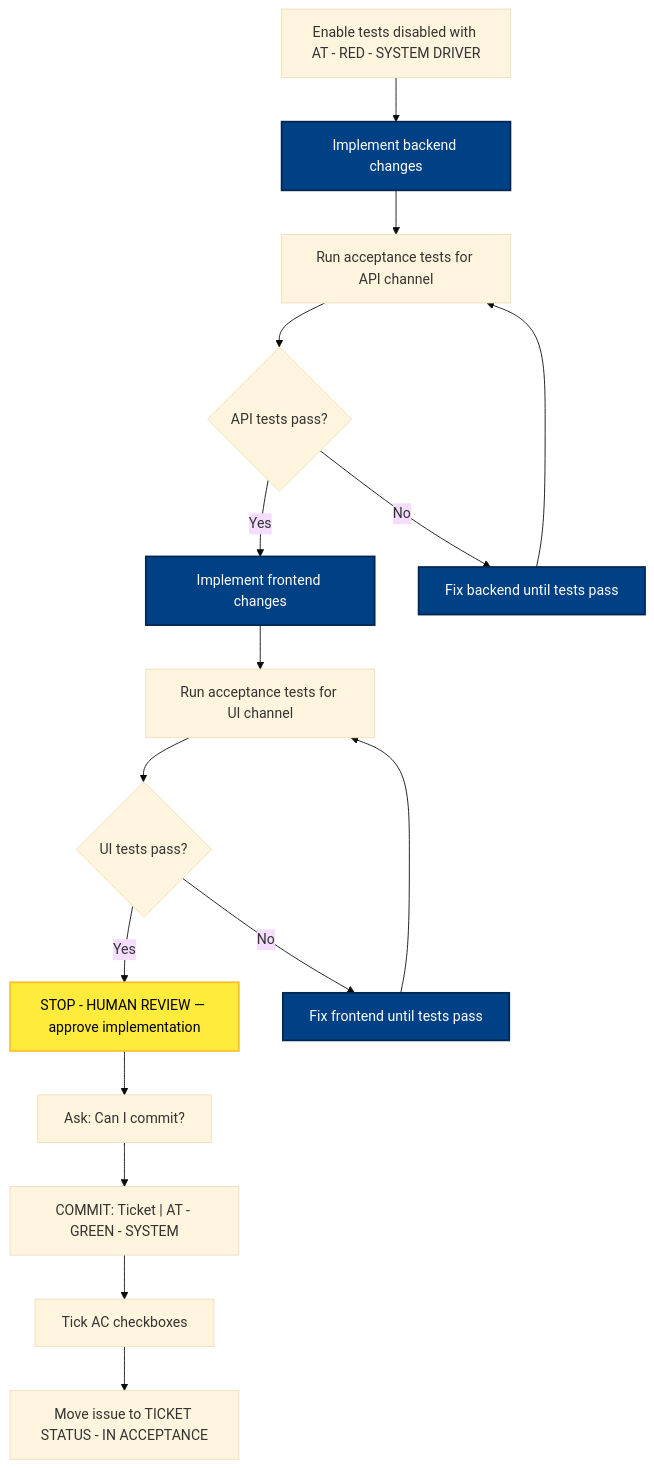
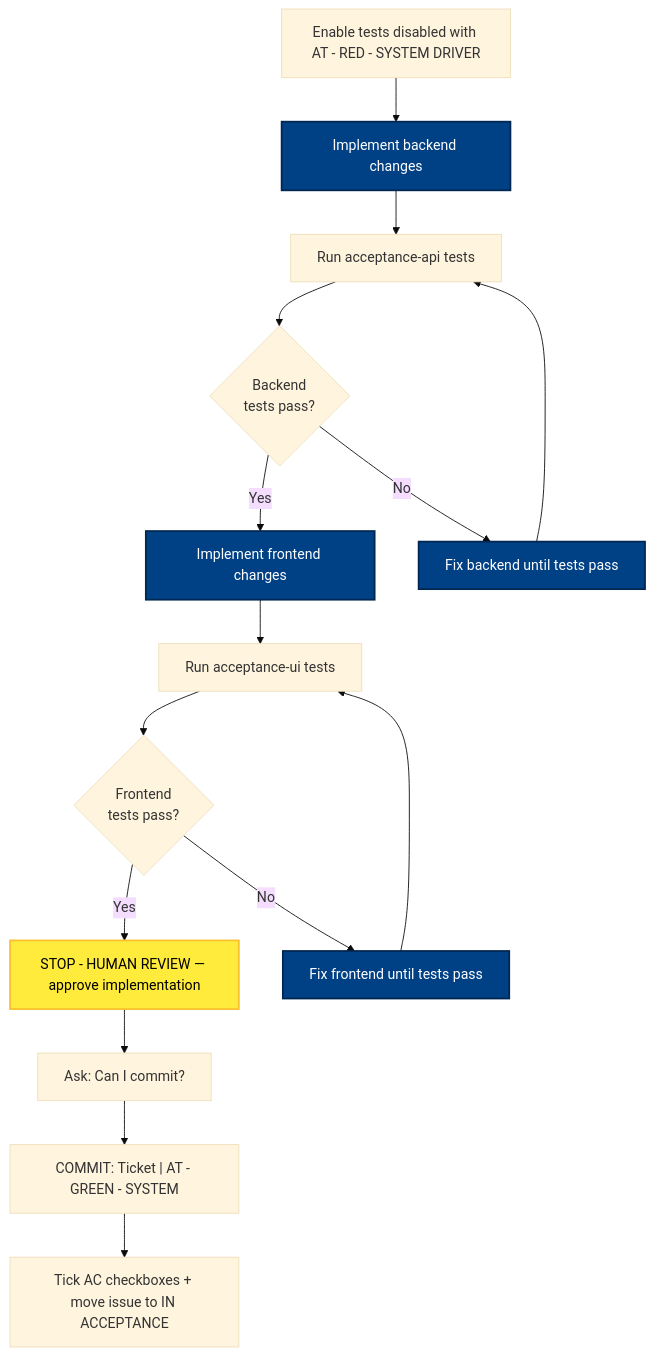
The fourth of 8 diagrams in docs/atdd/process/diagram-phase-details.md (optivem/starter), drawn with Mermaid (base theme) before and after one commit. The commit also changed other lines of this file and 2 other files, not shown here.

````diff
--- a/docs/atdd/process/diagram-phase-details.md
+++ b/docs/atdd/process/diagram-phase-details.md
@@ -117,38 +115,36 @@
 ```mermaid
 flowchart TD
-    ENABLE["Enable tests disabled with AT - RED - SYSTEM DRIVER"]
+    ENABLE[Enable tests disabled with AT - RED - SYSTEM DRIVER]
     BACKEND[Implement backend changes]
-    RUN_API[Run acceptance tests for API channel]
-    BACKEND_OK{API tests pass?}
+    RUN_API[Run acceptance-api tests]
+    GATE_API{Backend<br/>tests pass?}
     FIX_BACKEND[Fix backend until tests pass]
     FRONTEND[Implement frontend changes]
-    RUN_UI[Run acceptance tests for UI channel]
-    FRONTEND_OK{UI tests pass?}
+    RUN_UI[Run acceptance-ui tests]
+    GATE_UI{Frontend<br/>tests pass?}
     FIX_FRONTEND[Fix frontend until tests pass]
-    STOP_WRITE["STOP - HUMAN REVIEW — approve implementation"]
+    STOP_WRITE[STOP - HUMAN REVIEW — approve implementation]
     ASK_COMMIT["Ask: Can I commit?"]
     COMMIT["COMMIT: Ticket | AT - GREEN - SYSTEM"]
-    TICK[Tick AC checkboxes]
-    INACC[Move issue to TICKET STATUS - IN ACCEPTANCE]
+    TICK[Tick AC checkboxes + move issue to IN ACCEPTANCE]
 
     ENABLE --> BACKEND
     BACKEND --> RUN_API
-    RUN_API --> BACKEND_OK
-    BACKEND_OK -->|Yes| FRONTEND
-    BACKEND_OK -->|No| FIX_BACKEND
+    RUN_API --> GATE_API
+    GATE_API -- Yes --> FRONTEND
+    GATE_API -- No --> FIX_BACKEND
     FIX_BACKEND --> RUN_API
     FRONTEND --> RUN_UI
-    RUN_UI --> FRONTEND_OK
-    FRONTEND_OK -->|Yes| STOP_WRITE
-    FRONTEND_OK -->|No| FIX_FRONTEND
+    RUN_UI --> GATE_UI
+    GATE_UI -- Yes --> STOP_WRITE
+    GATE_UI -- No --> FIX_FRONTEND
     FIX_FRONTEND --> RUN_UI
     STOP_WRITE --> ASK_COMMIT
     ASK_COMMIT --> COMMIT
     COMMIT --> TICK
-    TICK --> INACC
 
     classDef effortNode fill:#004085,stroke:#002752,stroke-width:2px,color:#ffffff
     class BACKEND,FRONTEND,FIX_BACKEND,FIX_FRONTEND effortNode
     classDef humanReviewNode fill:#ffeb3b,stroke:#fbc02d,stroke-width:2px,color:#000
     class STOP_WRITE humanReviewNode
 ```
````
